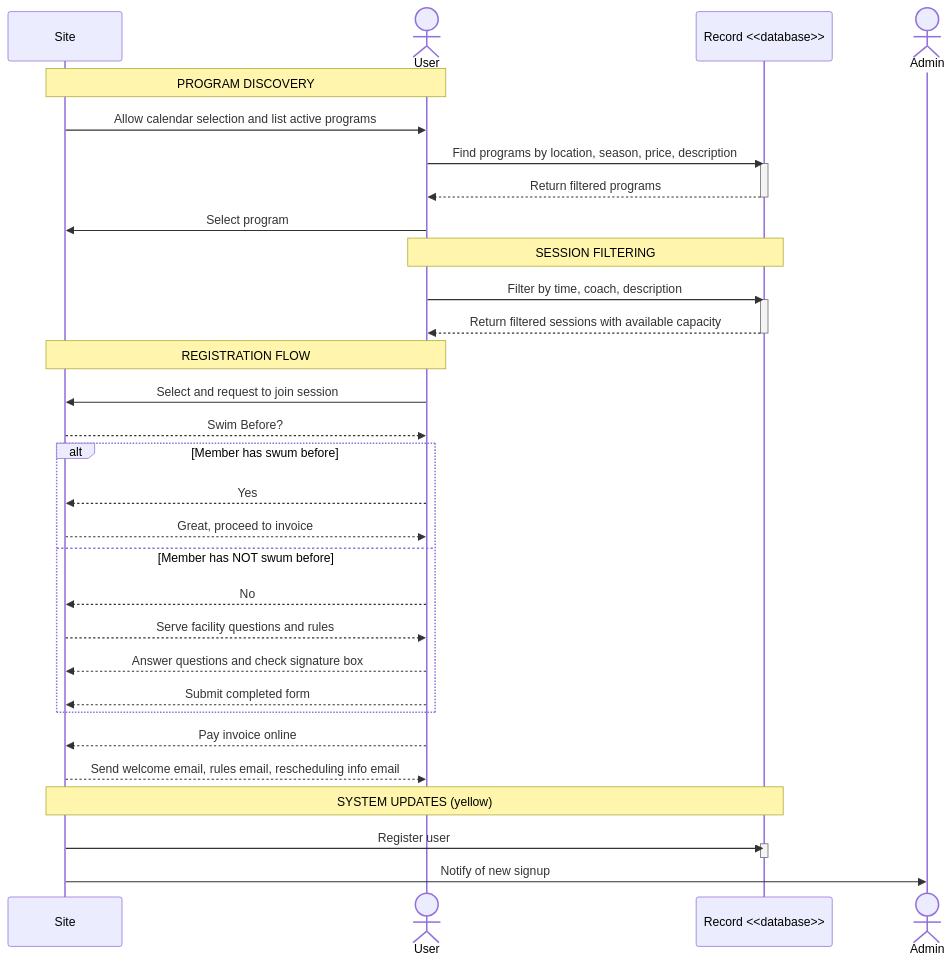
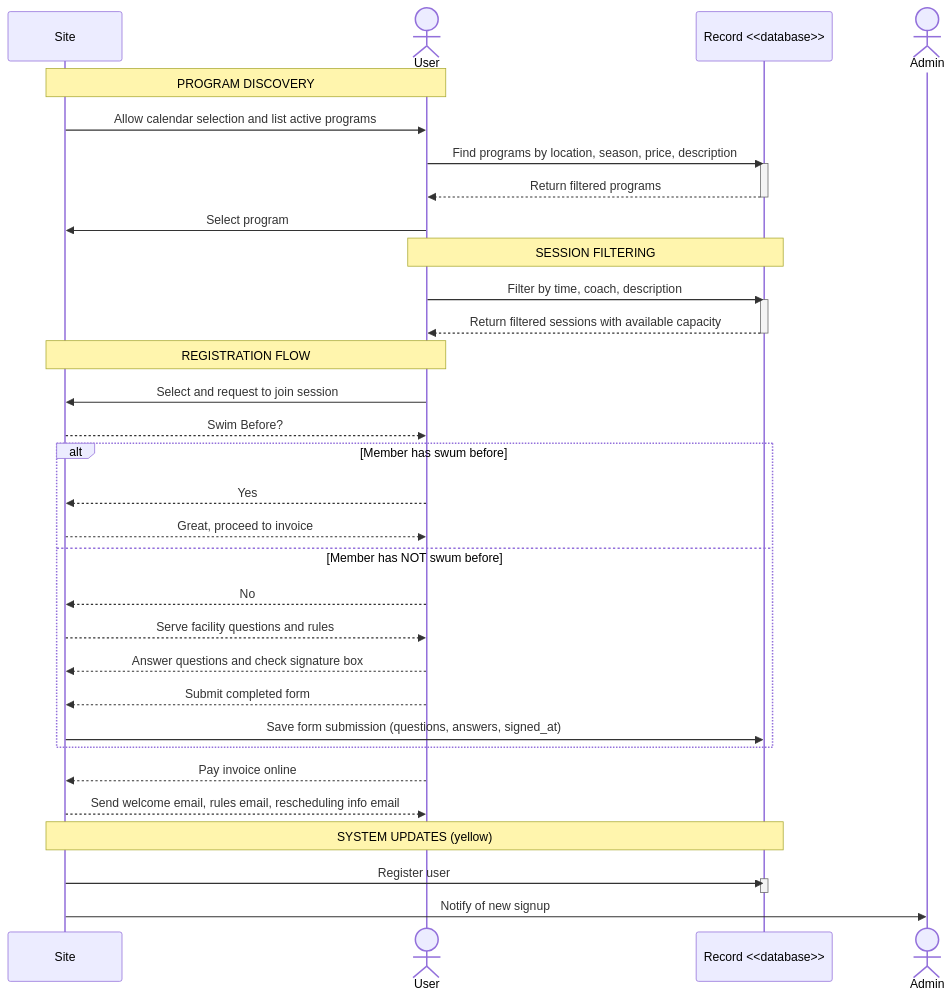
The diagram in docs/sequence/new-signup.mmd (pbaletkeman/swimlane), drawn with Mermaid before and after one commit. The commit also changed 2 other files, not shown here.

Commit message:
docs: add save form submission step to diagram

```diff
--- a/docs/sequence/new-signup.mmd
+++ b/docs/sequence/new-signup.mmd
@@ -1,49 +1,50 @@
 sequenceDiagram
     participant Site
     actor User
     participant Record as Record <<database>>
     actor Admin
 
     %% === MEMBER PROGRAM DISCOVERY ===
     Note over Site,User: PROGRAM DISCOVERY
     Site->>User: Allow calendar selection and list active programs
 
     User->>Record: Find programs by location, season, price, description
     activate Record
     Record-->>User: Return filtered programs
     deactivate Record
 
     User->>Site: Select program
 
     %% === SESSION FILTERING ===
     Note over User,Record: SESSION FILTERING
     User->>Record: Filter by time, coach, description
     activate Record
     Record-->>User: Return filtered sessions with available capacity
     deactivate Record
 
     %% === REGISTRATION FLOW ===
     Note over Site,User: REGISTRATION FLOW
     User->>Site: Select and request to join session
     Site-->>User: Swim Before?
 
     alt Member has swum before
         User-->>Site: Yes
         Site-->>User: Great, proceed to invoice
     else Member has NOT swum before
         User-->>Site: No
         Site-->>User: Serve facility questions and rules
         User-->>Site: Answer questions and check signature box
         User-->>Site: Submit completed form
+        Site->>Record: Save form submission (questions, answers, signed_at)
     end
 
     User-->>Site: Pay invoice online
     Site-->>User: Send welcome email, rules email, rescheduling info email
 
     %% === SYSTEM UPDATES ===
     Note over Site,Record: SYSTEM UPDATES (yellow)
     Site->>Record: Register user
     activate Record
     deactivate Record
 
     Site->>Admin: Notify of new signup
```
